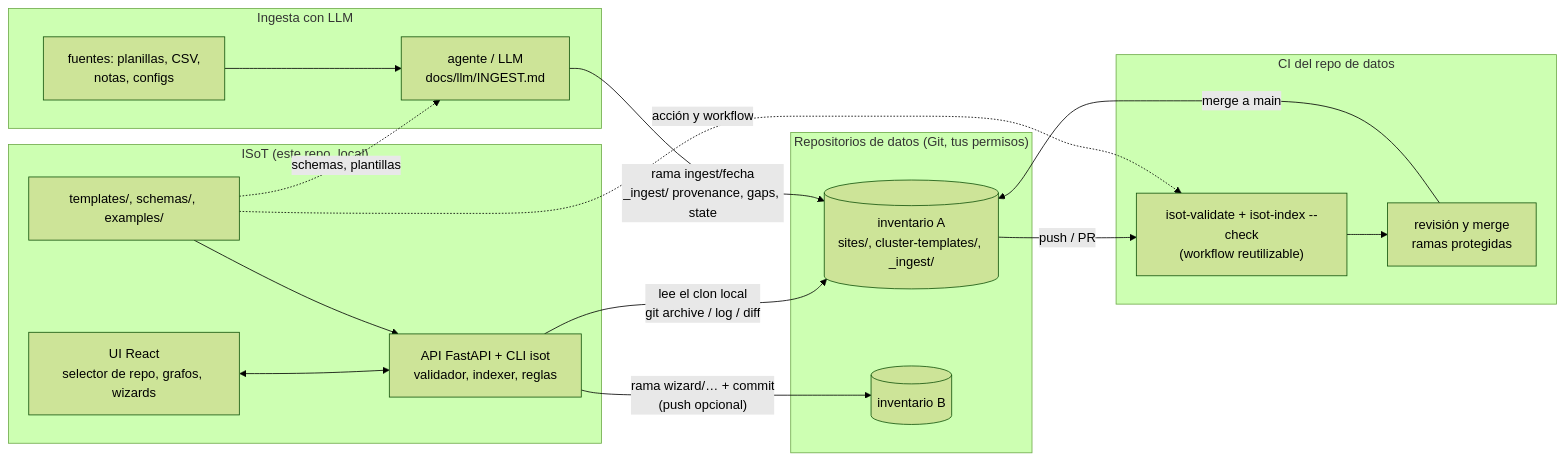
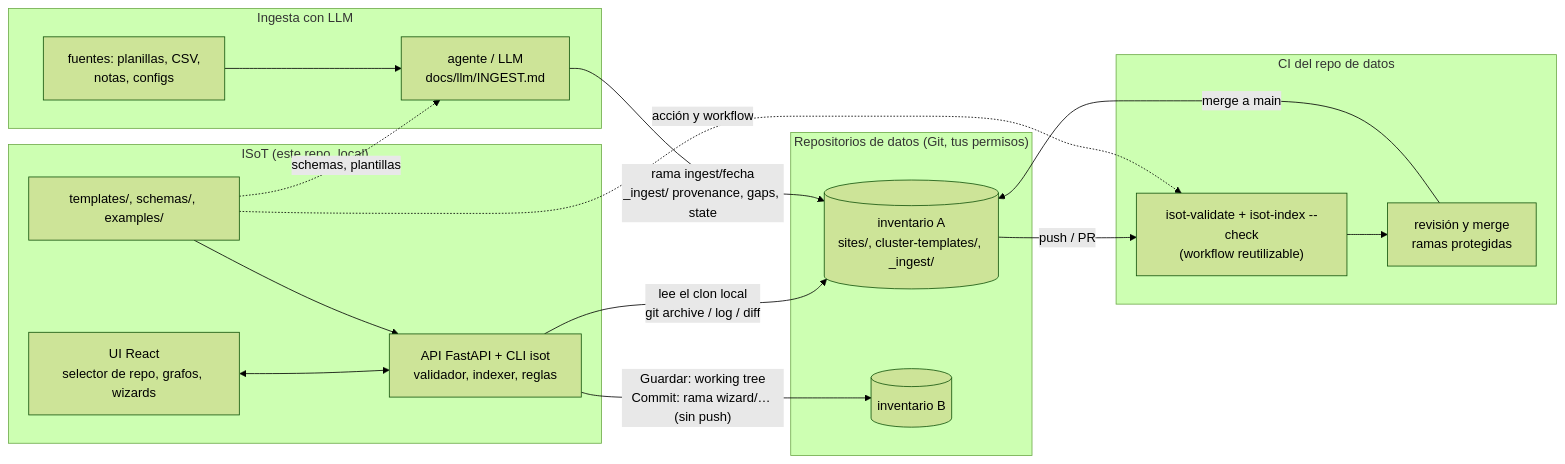
Before and after one commit to ghormazabal/ISOT: the diagram in README.md, drawn with Mermaid (forest theme). The commit also changed other lines of this file and 46 other files, not shown here.

First line of the commit message:
edit: Guardar escribe en el working tree; commit aparte desde «Cambios»

````diff
--- a/README.md
+++ b/README.md
@@ -52,31 +52,31 @@
 ```mermaid
 flowchart LR
   subgraph tool["ISoT (este repo, local)"]
     ui["UI React<br/>selector de repo, grafos, wizards"]
     api["API FastAPI + CLI isot<br/>validador, indexer, reglas"]
     lib["templates/, schemas/, examples/"]
     ui <--> api
     lib --> api
   end
   subgraph data["Repositorios de datos (Git, tus permisos)"]
     r1[("inventario A<br/>sites/, cluster-templates/, _ingest/")]
     r2[("inventario B")]
   end
   subgraph ci["CI del repo de datos"]
     val["isot-validate + isot-index --check<br/>(workflow reutilizable)"]
     pr["revisión y merge<br/>ramas protegidas"]
   end
   subgraph llm["Ingesta con LLM"]
     src["fuentes: planillas, CSV,<br/>notas, configs"]
     agent["agente / LLM<br/>docs/llm/INGEST.md"]
   end
   api -- "lee el clon local<br/>git archive / log / diff" --> r1
-  api -- "rama wizard/… + commit<br/>(push opcional)" --> r2
+  api -- "Guardar: working tree<br/>Commit: rama wizard/… (sin push)" --> r2
   r1 -- "push / PR" --> val
   val --> pr
   pr -- "merge a main" --> r1
   src --> agent
   agent -- "rama ingest/fecha<br/>_ingest/ provenance, gaps, state" --> r1
   lib -. "schemas, plantillas" .-> agent
   lib -. "acción y workflow" .-> val
 ```
````
